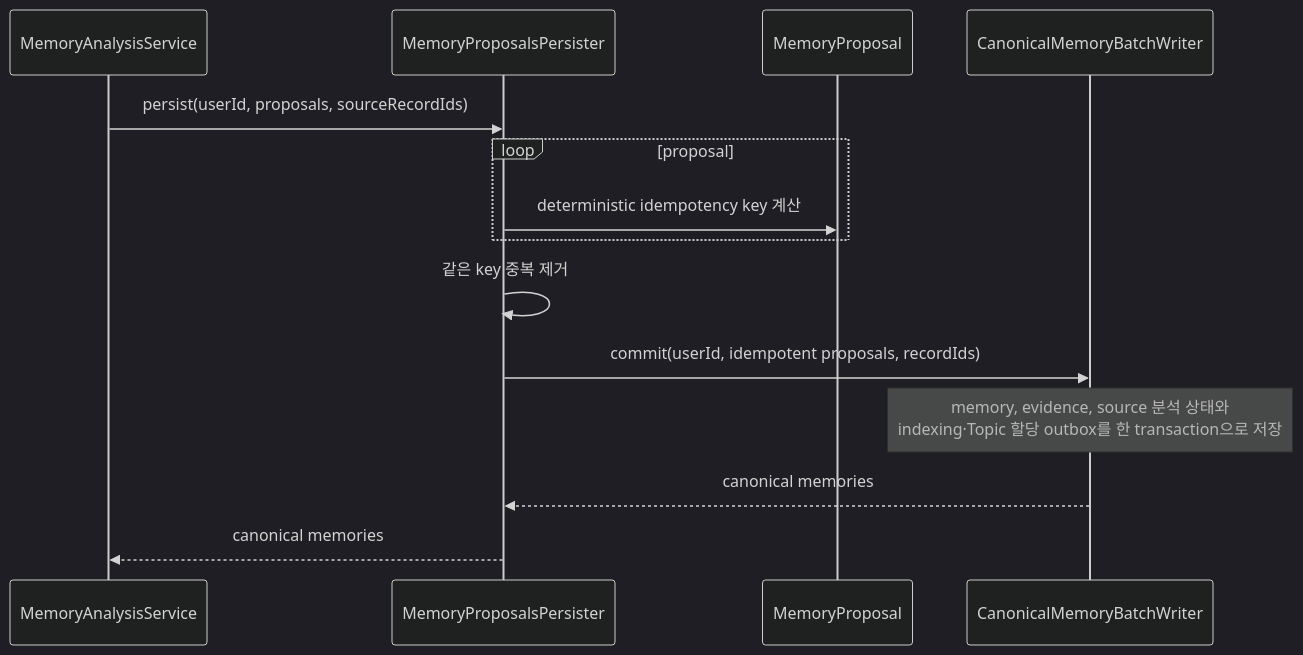
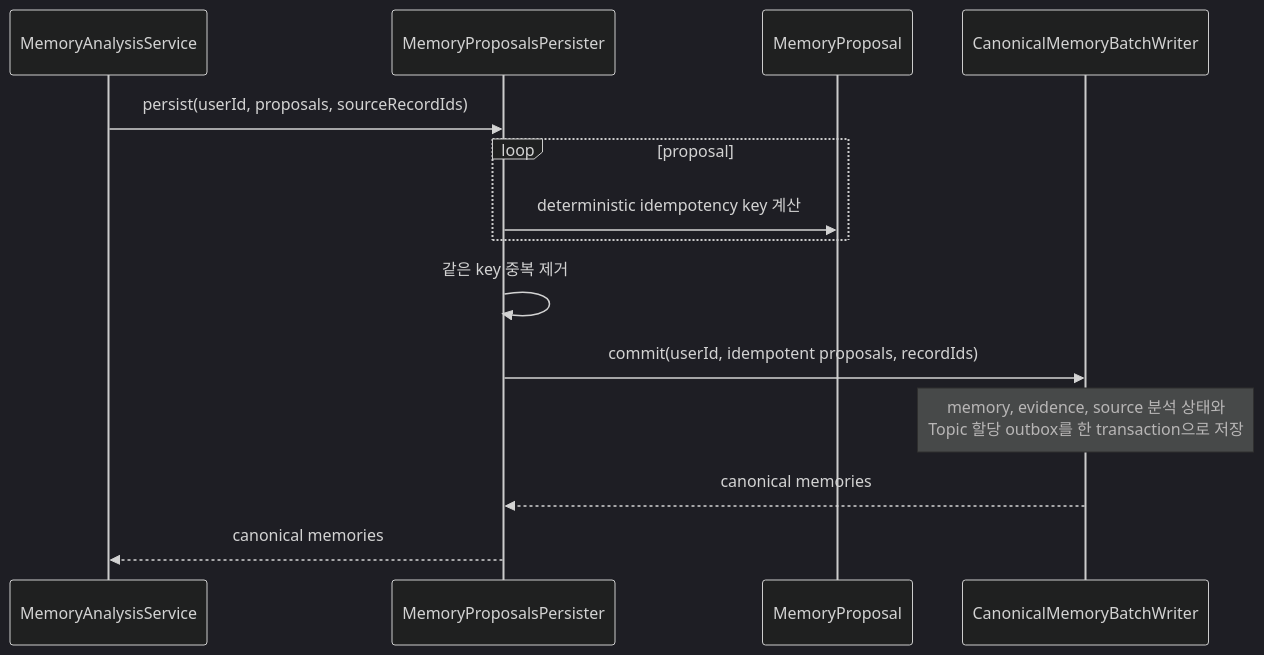
Before and after one commit to magenta1223/home_assistant: the diagram in application/src/main/kotlin/com/homeassistant/application/usecase/memory/write/README.md, drawn with Mermaid (dark theme). The commit also changed other lines of this file and 50 other files, not shown here.

````diff
--- a/application/src/main/kotlin/com/homeassistant/application/usecase/memory/write/README.md
+++ b/application/src/main/kotlin/com/homeassistant/application/usecase/memory/write/README.md
@@ -9,17 +8,17 @@
 ```mermaid
 sequenceDiagram
     participant Analysis as MemoryAnalysisService
     participant Persister as MemoryProposalsPersister
     participant Proposal as MemoryProposal
     participant Writer as CanonicalMemoryBatchWriter
 
     Analysis->>Persister: persist(userId, proposals, sourceRecordIds)
     loop proposal
         Persister->>Proposal: deterministic idempotency key 계산
     end
     Persister->>Persister: 같은 key 중복 제거
     Persister->>Writer: commit(userId, idempotent proposals, recordIds)
-    Note over Writer: memory, evidence, source 분석 상태와<br/>indexing·Topic 할당 outbox를 한 transaction으로 저장
+    Note over Writer: memory, evidence, source 분석 상태와<br/>Topic 할당 outbox를 한 transaction으로 저장
     Writer-->>Persister: canonical memories
     Persister-->>Analysis: canonical memories
 ```
````
